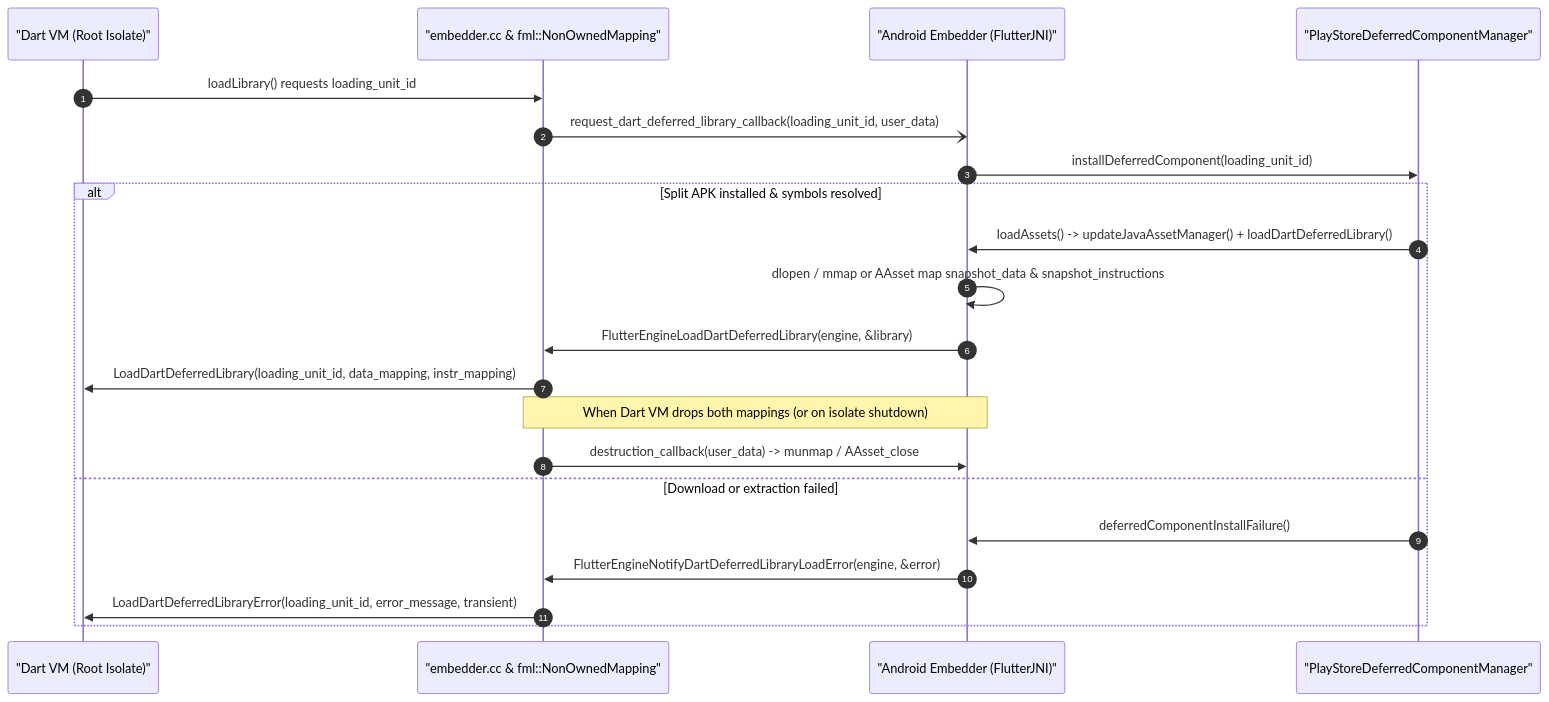
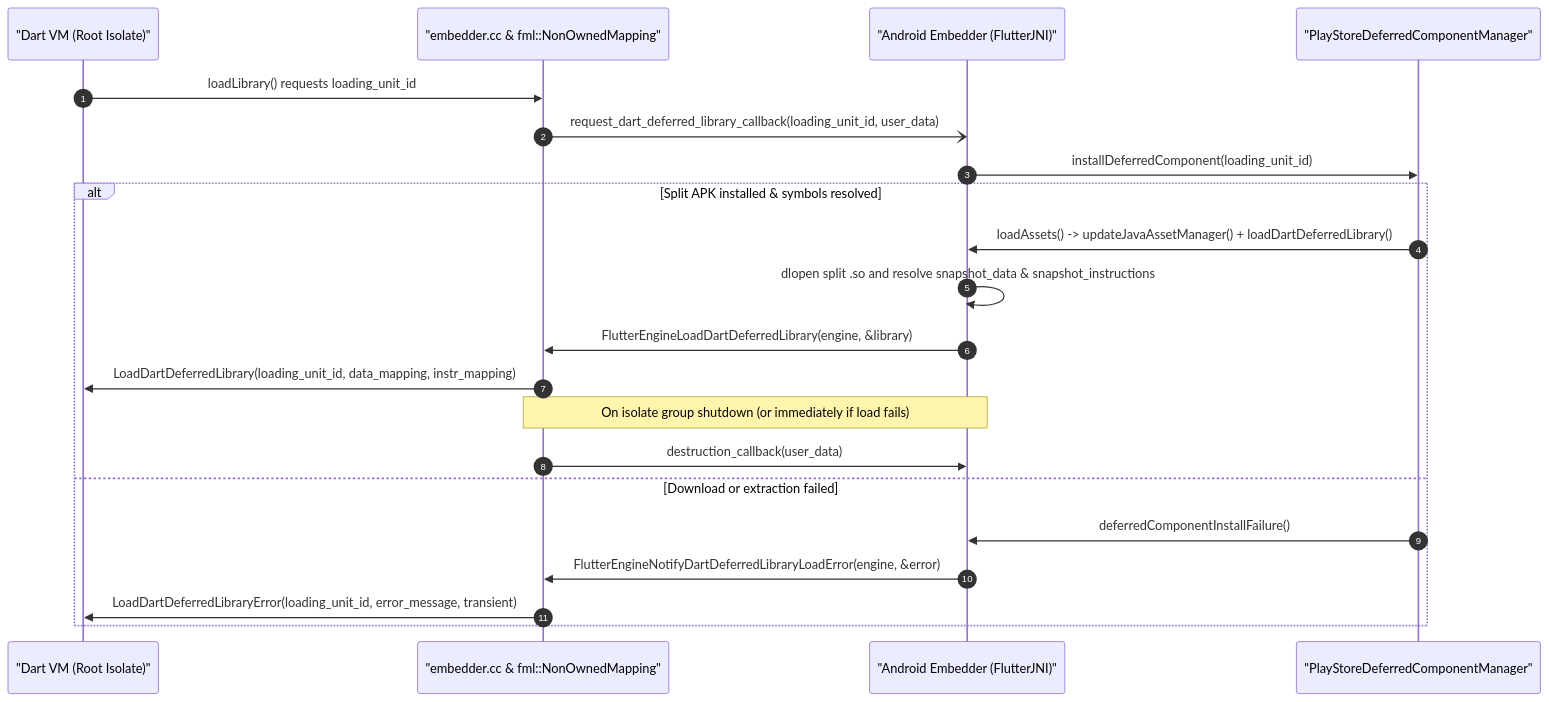
Before and after one commit to flutter/rfc: the eighth of 14 diagrams in rfc/410.0000-flutter-android-embedder-c-api-migration.md, drawn with Mermaid. The commit also changed other lines of this file, not shown here.

````diff
--- a/rfc/410.0000-flutter-android-embedder-c-api-migration.md
+++ b/rfc/410.0000-flutter-android-embedder-c-api-migration.md
@@ -804,24 +791,24 @@
 ```mermaid
 sequenceDiagram
     autonumber
     participant VM as "Dart VM (Root Isolate)"
     participant Engine as "embedder.cc & fml::NonOwnedMapping"
     participant Emb as "Android Embedder (FlutterJNI)"
     participant Play as "PlayStoreDeferredComponentManager"
 
     VM->>Engine: loadLibrary() requests loading_unit_id
     Engine-)Emb: request_dart_deferred_library_callback(loading_unit_id, user_data)
     Emb->>Play: installDeferredComponent(loading_unit_id)
     alt Split APK installed & symbols resolved
         Play->>Emb: loadAssets() -> updateJavaAssetManager() + loadDartDeferredLibrary()
-        Emb->>Emb: dlopen / mmap or AAsset map snapshot_data & snapshot_instructions
+        Emb->>Emb: dlopen split .so and resolve snapshot_data & snapshot_instructions
         Emb->>Engine: FlutterEngineLoadDartDeferredLibrary(engine, &library)
         Engine->>VM: LoadDartDeferredLibrary(loading_unit_id, data_mapping, instr_mapping)
-        Note over Engine,Emb: When Dart VM drops both mappings (or on isolate shutdown)
-        Engine->>Emb: destruction_callback(user_data) -> munmap / AAsset_close
+        Note over Engine,Emb: On isolate group shutdown (or immediately if load fails)
+        Engine->>Emb: destruction_callback(user_data)
     else Download or extraction failed
         Play->>Emb: deferredComponentInstallFailure()
         Emb->>Engine: FlutterEngineNotifyDartDeferredLibraryLoadError(engine, &error)
         Engine->>VM: LoadDartDeferredLibraryError(loading_unit_id, error_message, transient)
     end
 ```
````
